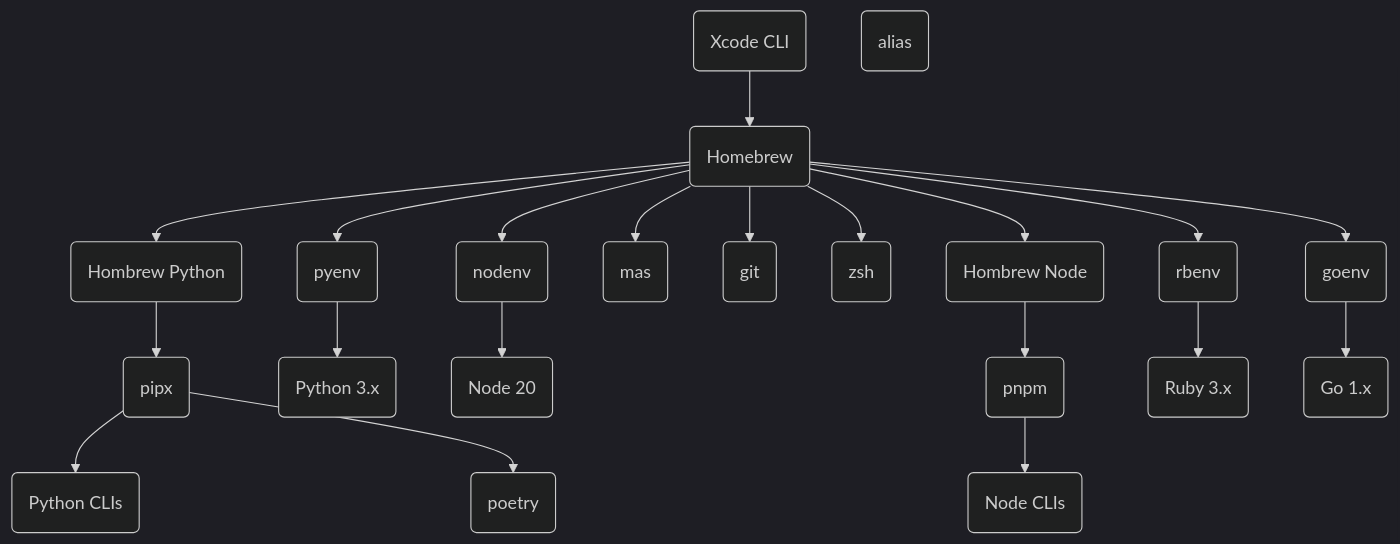
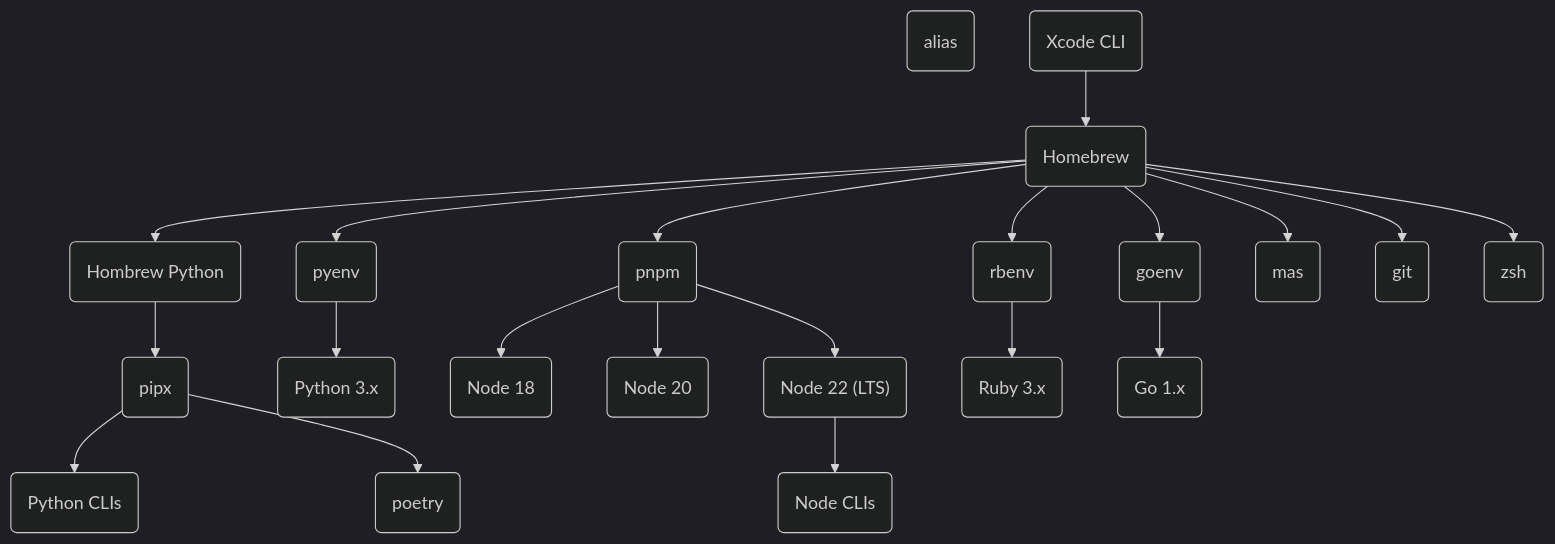
One commit to tomy0000000/docs changed the diagram in docs/misc/mac/mac-setup.md. Above: the diagram before and after it, drawn with Mermaid (dark theme). The commit also changed other lines of this file, not shown here.

Commit message:
📖 docs: `mac-setup`

````diff
--- a/docs/misc/mac/mac-setup.md
+++ b/docs/misc/mac/mac-setup.md
@@ -61,37 +64,18 @@
 ```mermaid
 graph TD
-	A(Xcode CLI)
-	B(Homebrew)
-	C(Hombrew Python)
-	D(pyenv)
-	E(pipx)
-	F(Python 3.x)
-	G(nodenv)
-	H(Node 20)
-	I(mas)
-	J(git)
-	K(zsh)
-	M(alias)
-	N(Hombrew Node)
-	P(Python CLIs)
-	L(pnpm)
-	O(poetry)
-	Q(Node CLIs)
-	R(rbenv)
-	S(Ruby 3.x)
-	T(goenv)
-	U(Go 1.x)
-
-  A --> B
-  B --> C --> E
-    E --> P
-    E --> O
-  B --> D --> F
-  B --> G --> H
-  B --> N --> L --> Q
-  B --> R --> S
-  B --> T --> U
-  B --> I
-  B --> J
-  B --> K
+  A(alias)
+  B(Xcode CLI) --> C(Homebrew)
+  C --> D(Hombrew Python) --> E(pipx)
+    E --> F(Python CLIs)
+    E --> G(poetry)
+  C --> H(pyenv) --> I(Python 3.x)
+  C --> K(pnpm)
+    K --> L(Node 18)
+    K --> M(Node 20)
+    K --> N("Node 22 (LTS)") --> O(Node CLIs)
+  C --> P(rbenv) --> Q(Ruby 3.x)
+  C --> R(goenv) --> S(Go 1.x)
+  C --> T(mas)
+  C --> U(git)
+  C --> V(zsh)
 ```
````
